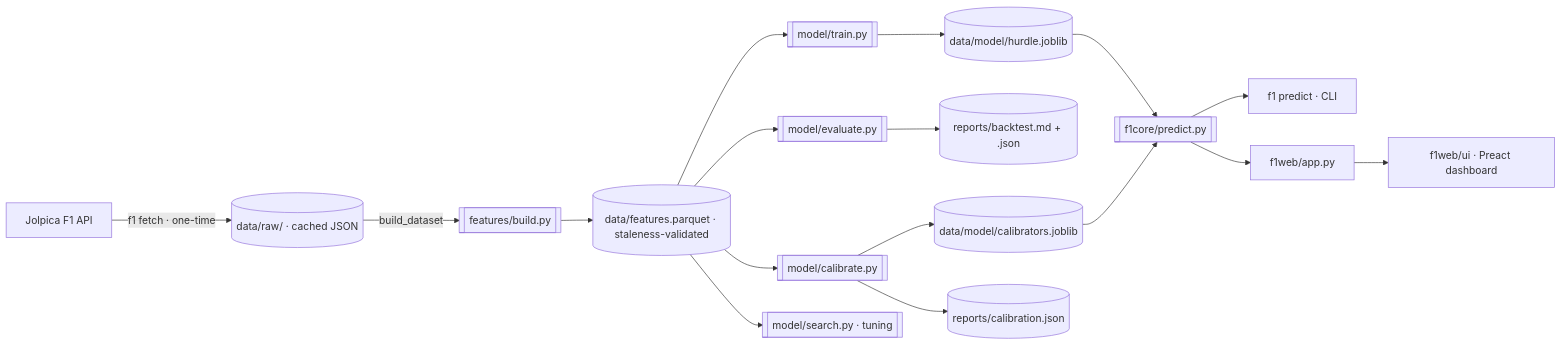
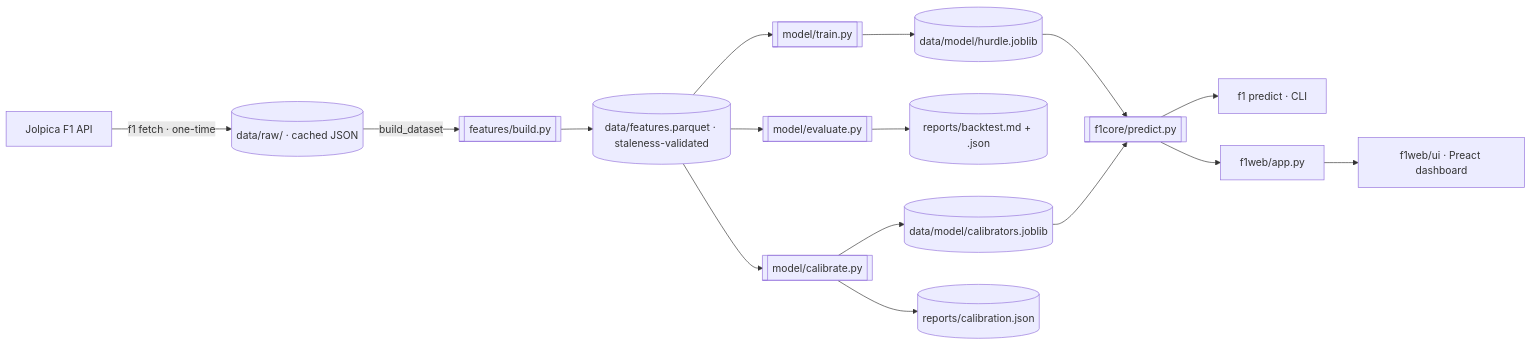
One commit to IUKomplexi/f1-result-predictor changed the second of 4 diagrams in README.md. Above: the diagram before and after it, drawn with Mermaid. The commit also changed other lines of this file and 2 other files, not shown here.

First line of the commit message:
docs: prune weather/search/feature-audit references from README, AGENTS, config.toml

````diff
--- a/README.md
+++ b/README.md
@@ -248,19 +238,18 @@
 ```mermaid
 flowchart LR
     JOL["Jolpica F1 API"] -->|"f1 fetch · one-time"| RAW[("data/raw/ · cached JSON")]
     RAW -->|"build_dataset"| FE[["features/build.py"]]
     FE --> DS[("data/features.parquet · staleness-validated")]
     DS --> TR[["model/train.py"]]
     DS --> EV[["model/evaluate.py"]]
     DS --> CA[["model/calibrate.py"]]
-    DS --> SE[["model/search.py · tuning"]]
     TR --> CP[("data/model/hurdle.joblib")]
     CA --> CC[("data/model/calibrators.joblib")]
     CP --> PR[["f1core/predict.py"]]
     CC --> PR
     EV --> RB[("reports/backtest.md + .json")]
     CA --> RC[("reports/calibration.json")]
     PR --> CLI["f1 predict · CLI"]
     PR --> WB["f1web/app.py"]
     WB --> SPA["f1web/ui · Preact dashboard"]
 ```
````
